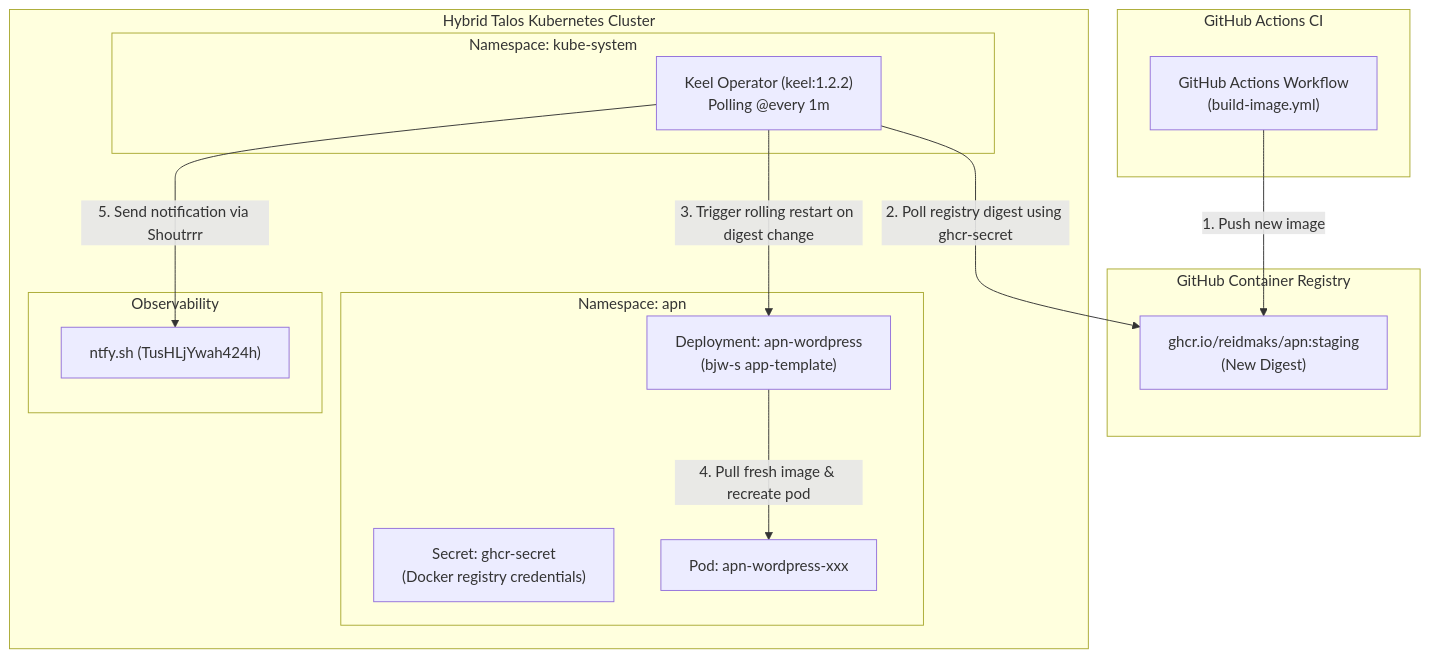
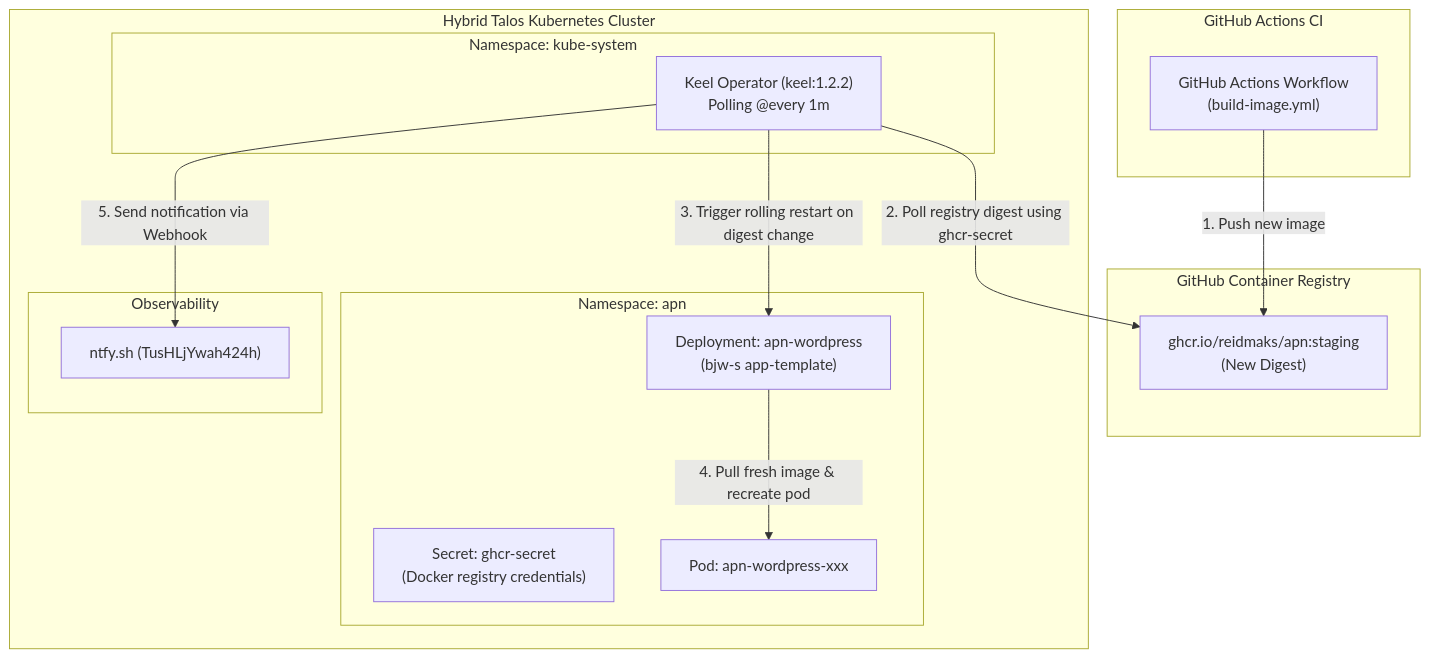
One commit to reidMaks/test changed the diagram in docs/architecture/026-keel-image-automation.md. Above: the diagram before and after it, drawn with Mermaid. The commit also changed other lines of this file and 1 other file, not shown here.

Commit message:
feat(keel): switch notification delivery from shoutrrr to native webhook for ntfy

````diff
--- a/docs/architecture/026-keel-image-automation.md
+++ b/docs/architecture/026-keel-image-automation.md
@@ -16,32 +16,32 @@
 ```mermaid
 flowchart TD
     subgraph CI["GitHub Actions CI"]
         GHA["GitHub Actions Workflow<br/>(build-image.yml)"]
     end
 
     subgraph Registry["GitHub Container Registry"]
         GHCR["ghcr.io/reidmaks/apn:staging<br/>(New Digest)"]
     end
 
     subgraph Cluster["Hybrid Talos Kubernetes Cluster"]
         subgraph KubeSystem["Namespace: kube-system"]
             Keel["Keel Operator (keel:1.2.2)<br/>Polling @every 1m"]
         end
 
         subgraph APN_NS["Namespace: apn"]
             Secret["Secret: ghcr-secret<br/>(Docker registry credentials)"]
             Deployment["Deployment: apn-wordpress<br/>(bjw-s app-template)"]
             Pod["Pod: apn-wordpress-xxx"]
         end
 
         subgraph Notifications["Observability"]
             Ntfy["ntfy.sh (TusHLjYwah424h)"]
         end
     end
 
     GHA -->|1. Push new image| GHCR
     Keel -->|2. Poll registry digest using ghcr-secret| GHCR
     Keel -->|3. Trigger rolling restart on digest change| Deployment
     Deployment -->|4. Pull fresh image & recreate pod| Pod
-    Keel -->|5. Send notification via Shoutrrr| Ntfy
+    Keel -->|5. Send notification via Webhook| Ntfy
 ```
````
